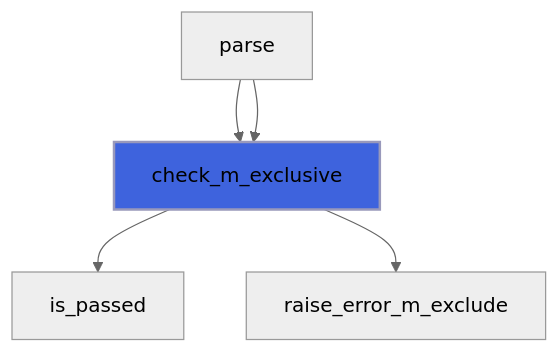
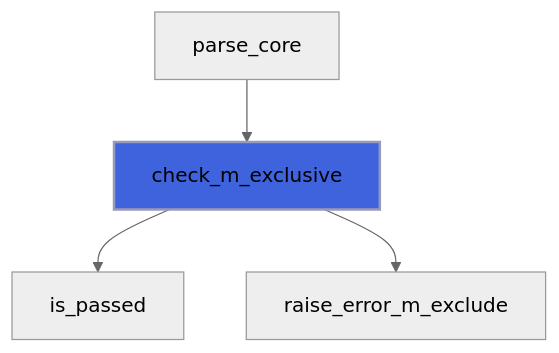
Diagram 16 of 28 in docs/api/src/lib/flap_command_line_arguments_group_t.md (szaghi/FLAP), drawn with Mermaid (neutral theme) before and after one commit. The commit also changed other lines of this file and 17 other files, not shown here.

````diff
--- a/docs/api/src/lib/flap_command_line_arguments_group_t.md
+++ b/docs/api/src/lib/flap_command_line_arguments_group_t.md
@@ -402,8 +661,7 @@
 ```mermaid
 flowchart TD
-  parse["parse"] --> check_m_exclusive["check_m_exclusive"]
-  parse["parse"] --> check_m_exclusive["check_m_exclusive"]
+  parse_core["parse_core"] --> check_m_exclusive["check_m_exclusive"]
   check_m_exclusive["check_m_exclusive"] --> is_passed["is_passed"]
   check_m_exclusive["check_m_exclusive"] --> raise_error_m_exclude["raise_error_m_exclude"]
   style check_m_exclusive fill:#3e63dd,stroke:#99b,stroke-width:2px
 ```
````
